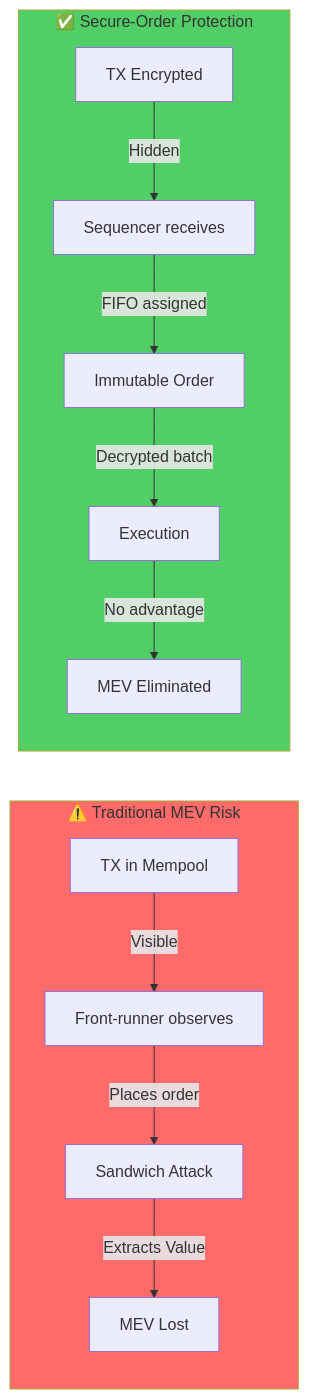
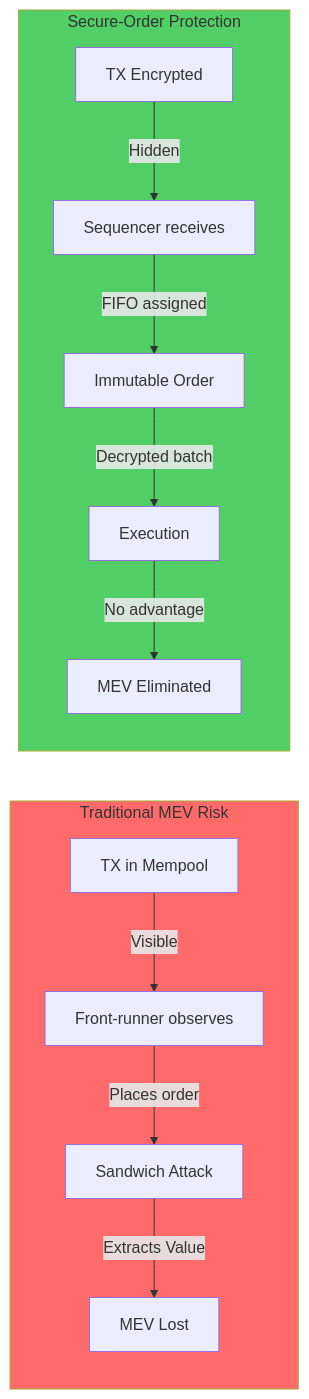
One commit to drumilbhati/secureorder changed the third of 10 diagrams in README.md. Above: the diagram before and after it, drawn with Mermaid. The commit also changed other lines of this file, not shown here.

First line of the commit message:
fix: remove emoji characters from mermaid diagrams for proper rendering

````diff
--- a/README.md
+++ b/README.md
@@ -49,18 +49,18 @@
 ```mermaid
 graph LR
-    subgraph Traditional["⚠️ Traditional MEV Risk"]
+    subgraph Traditional["Traditional MEV Risk"]
         A["TX in Mempool"] -->|Visible| B["Front-runner observes"]
         B -->|Places order| C["Sandwich Attack"]
         C -->|Extracts Value| D["MEV Lost"]
     end
 
-    subgraph SecureOrder["✅ Secure-Order Protection"]
+    subgraph SecureOrder["Secure-Order Protection"]
         E["TX Encrypted"] -->|Hidden| F["Sequencer receives"]
         F -->|FIFO assigned| G["Immutable Order"]
         G -->|Decrypted batch| H["Execution"]
         H -->|No advantage| I["MEV Eliminated"]
     end
     
     style Traditional fill:#ff6b6b
     style SecureOrder fill:#51cf66
 ```
````
